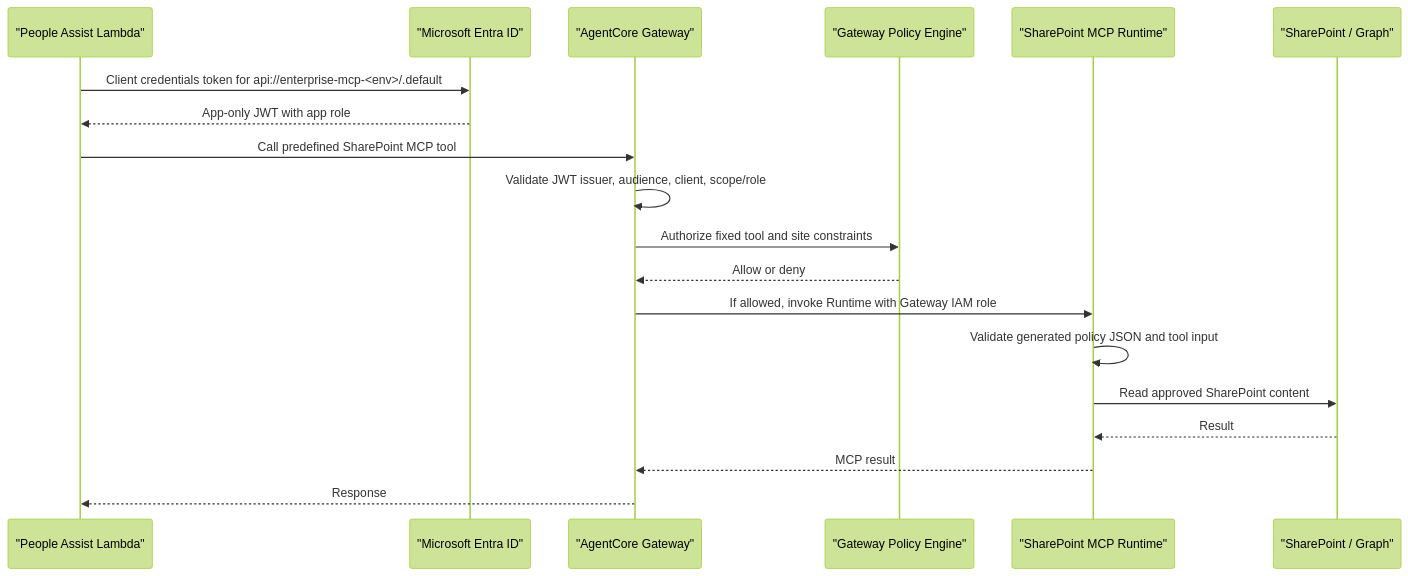
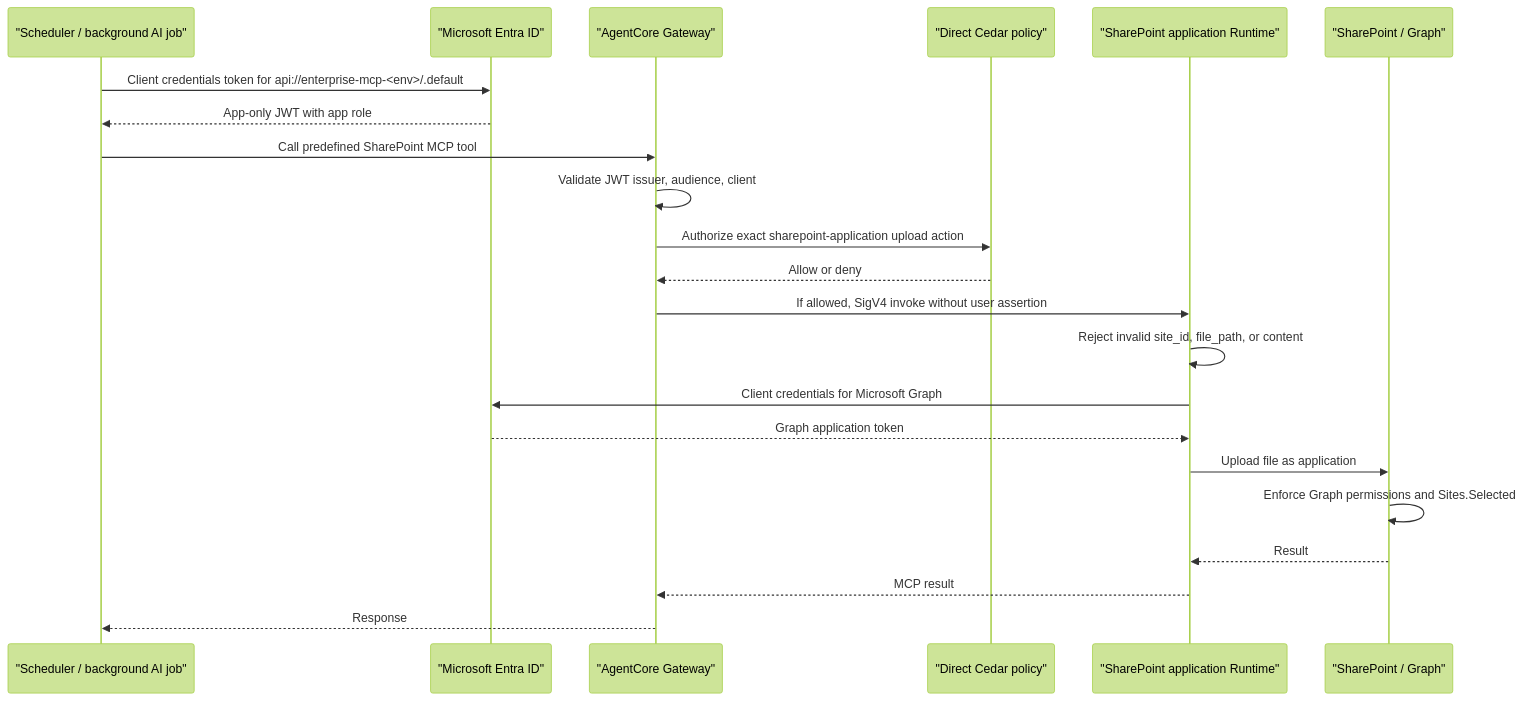
The sixth of 7 diagrams in docs/architecture/devops-workflows.md (ron8520/mcp_poc), drawn with Mermaid (forest theme) before and after one commit. The commit also changed other lines of this file and 91 other files, not shown here.

````diff
--- a/docs/architecture/devops-workflows.md
+++ b/docs/architecture/devops-workflows.md
@@ -135,22 +156,25 @@
 ```mermaid
 sequenceDiagram
-    participant PA as "People Assist Lambda"
+    participant PA as "Scheduler / background AI job"
     participant Entra as "Microsoft Entra ID"
     participant GW as "AgentCore Gateway"
-    participant Policy as "Gateway Policy Engine"
-    participant RT as "SharePoint MCP Runtime"
+    participant Cedar as "Direct Cedar policy"
+    participant RT as "SharePoint application Runtime"
     participant SP as "SharePoint / Graph"
 
     PA->>Entra: Client credentials token for api://enterprise-mcp-<env>/.default
     Entra-->>PA: App-only JWT with app role
     PA->>GW: Call predefined SharePoint MCP tool
-    GW->>GW: Validate JWT issuer, audience, client, scope/role
-    GW->>Policy: Authorize fixed tool and site constraints
-    Policy-->>GW: Allow or deny
-    GW->>RT: If allowed, invoke Runtime with Gateway IAM role
-    RT->>RT: Validate generated policy JSON and tool input
-    RT->>SP: Read approved SharePoint content
+    GW->>GW: Validate JWT issuer, audience, client
+    GW->>Cedar: Authorize exact sharepoint-application upload action
+    Cedar-->>GW: Allow or deny
+    GW->>RT: If allowed, SigV4 invoke without user assertion
+    RT->>RT: Reject invalid site_id, file_path, or content
+    RT->>Entra: Client credentials for Microsoft Graph
+    Entra-->>RT: Graph application token
+    RT->>SP: Upload file as application
+    SP->>SP: Enforce Graph permissions and Sites.Selected
     SP-->>RT: Result
     RT-->>GW: MCP result
     GW-->>PA: Response
 ```
````
